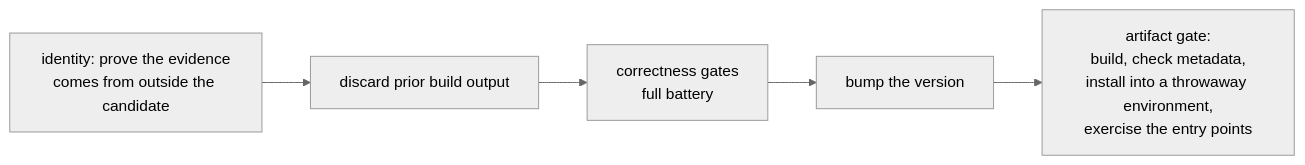
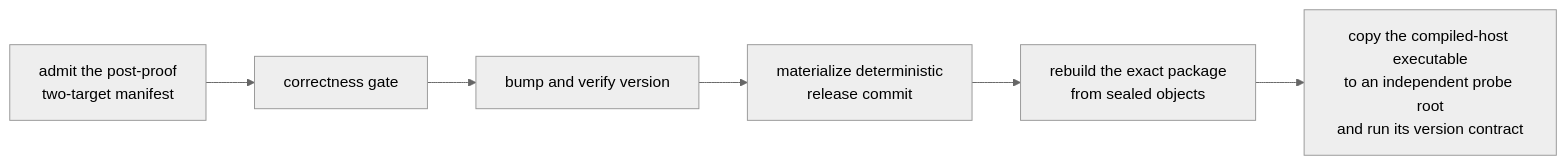
Before and after one commit to infimalabs/spice-rust: the second of 10 diagrams in docs/product/planes/distribution.md, drawn with Mermaid (neutral theme). The commit also changed other lines of this file and 71 other files, not shown here.

````diff
--- a/docs/product/planes/distribution.md
+++ b/docs/product/planes/distribution.md
@@ -66,7 +72,8 @@
 ```mermaid
 flowchart LR
-  ID["identity: prove the evidence<br/>comes from outside the candidate"] --> CL["discard prior build output"]
-  CL --> COR["correctness gates<br/>full battery"]
-  COR --> BUMP["bump the version"]
-  BUMP --> ART["artifact gate:<br/>build, check metadata,<br/>install into a throwaway environment,<br/>exercise the entry points"]
+  SEAL["admit the post-proof<br/>two-target manifest"] --> COR["correctness gate"]
+  COR --> BUMP["bump and verify version"]
+  BUMP --> COMMIT["materialize deterministic<br/>release commit"]
+  COMMIT --> ART["rebuild the exact package<br/>from sealed objects"]
+  ART --> PROBE["copy the compiled-host executable<br/>to an independent probe root<br/>and run its version contract"]
 ```
````
